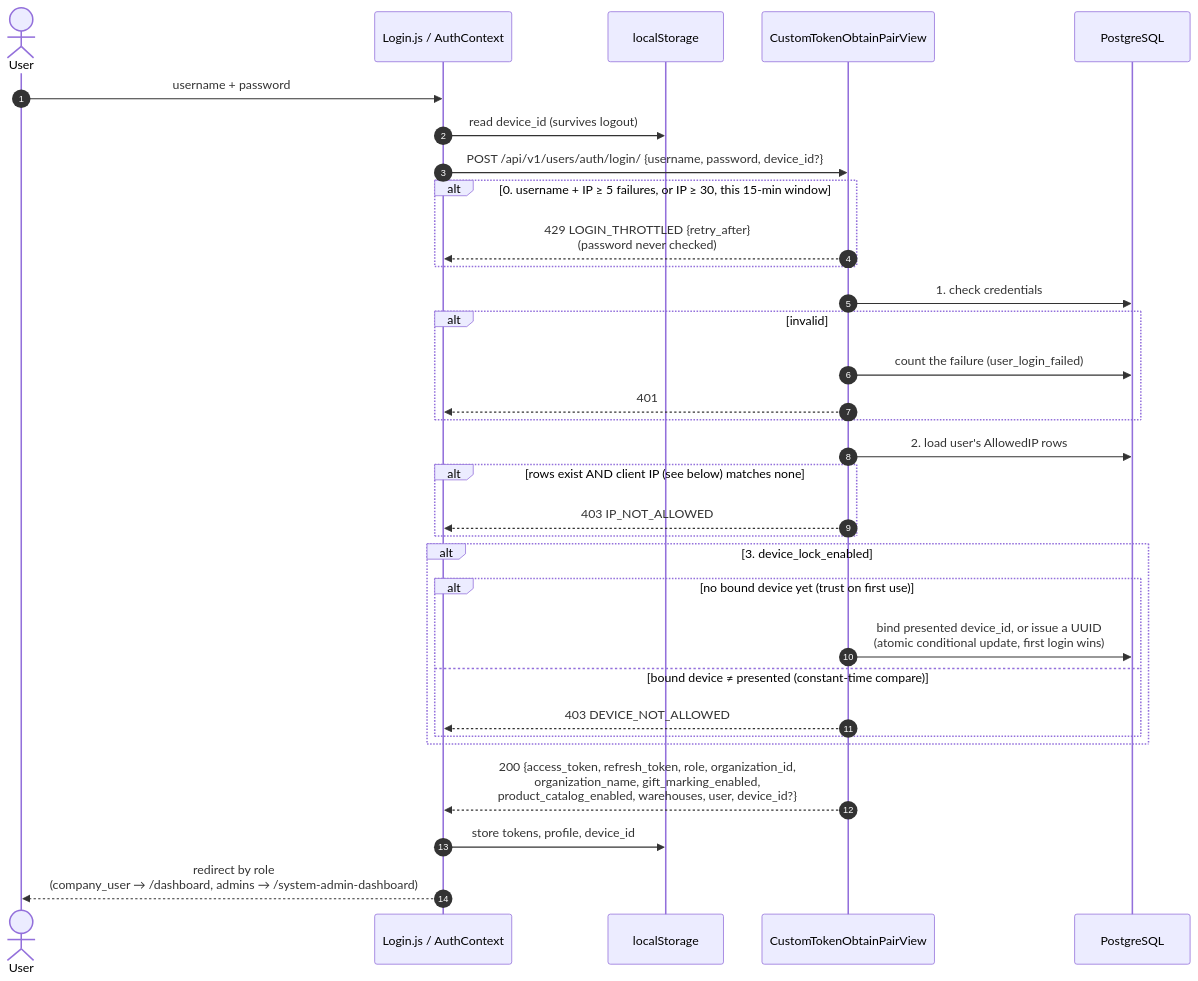
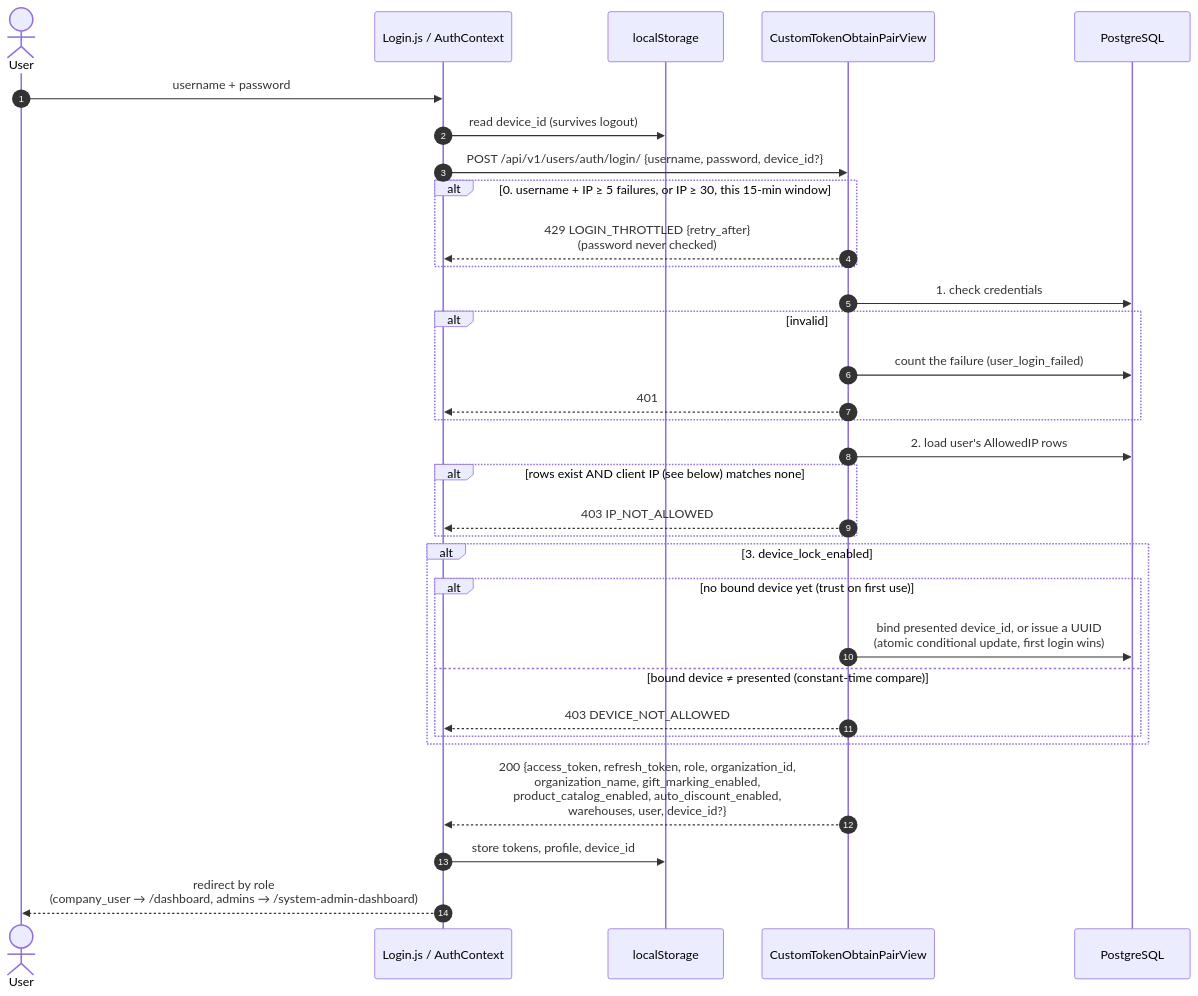
Before and after one commit to Iknow-dot/barcode-scanner-app: the first of 3 diagrams in docs/architecture/04-authentication.md, drawn with Mermaid. The commit also changed 2 other files, not shown here.

Commit message:
docs: automatic discount from 1C

````diff
--- a/docs/architecture/04-authentication.md
+++ b/docs/architecture/04-authentication.md
@@ -9,40 +9,40 @@
 ```mermaid
 sequenceDiagram
     autonumber
     actor U as User
     participant FE as Login.js / AuthContext
     participant LS as localStorage
     participant API as CustomTokenObtainPairView
     participant DB as PostgreSQL
 
     U->>FE: username + password
     FE->>LS: read device_id (survives logout)
     FE->>API: POST /api/v1/users/auth/login/ {username, password, device_id?}
 
     alt 0. username + IP ≥ 5 failures, or IP ≥ 30, this 15-min window
         API-->>FE: 429 LOGIN_THROTTLED {retry_after}<br/>(password never checked)
     end
 
     API->>DB: 1. check credentials
     alt invalid
         API->>DB: count the failure (user_login_failed)
         API-->>FE: 401
     end
 
     API->>DB: 2. load user's AllowedIP rows
     alt rows exist AND client IP (see below) matches none
         API-->>FE: 403 IP_NOT_ALLOWED
     end
 
     alt 3. device_lock_enabled
         alt no bound device yet (trust on first use)
             API->>DB: bind presented device_id, or issue a UUID<br/>(atomic conditional update, first login wins)
         else bound device ≠ presented (constant-time compare)
             API-->>FE: 403 DEVICE_NOT_ALLOWED
         end
     end
 
-    API-->>FE: 200 {access_token, refresh_token, role, organization_id,<br/>organization_name, gift_marking_enabled,<br/>product_catalog_enabled, warehouses, user, device_id?}
+    API-->>FE: 200 {access_token, refresh_token, role, organization_id,<br/>organization_name, gift_marking_enabled,<br/>product_catalog_enabled, auto_discount_enabled,<br/>warehouses, user, device_id?}
     FE->>LS: store tokens, profile, device_id
     FE-->>U: redirect by role<br/>(company_user → /dashboard, admins → /system-admin-dashboard)
 ```
````
